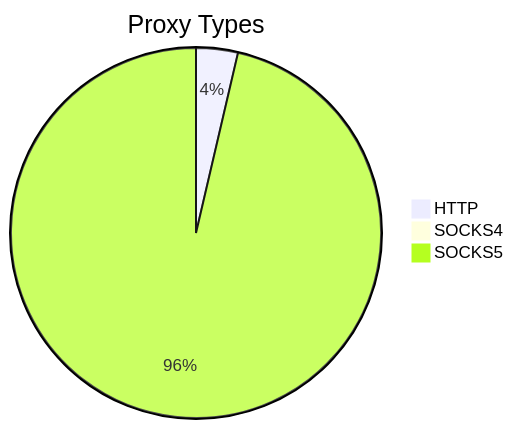
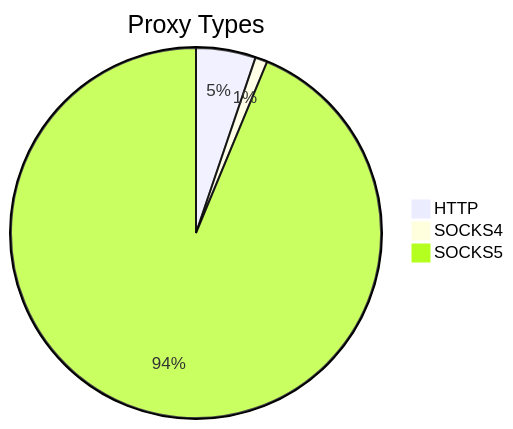
One commit to stormsia/proxy-list changed the first of 2 diagrams in README.md. Above: the diagram before and after it, drawn with Mermaid. The commit also changed other lines of this file, not shown here.

````diff
--- a/README.md
+++ b/README.md
@@ -21,6 +21,6 @@
 ```mermaid
 pie title Proxy Types
-    "HTTP" : 158
-    "SOCKS4" : 35
-    "SOCKS5" : 4175
+    "HTTP" : 162
+    "SOCKS4" : 33
+    "SOCKS5" : 2917
 ```
````
